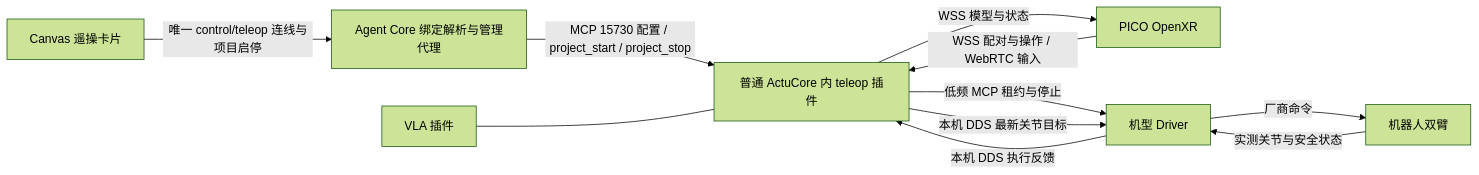
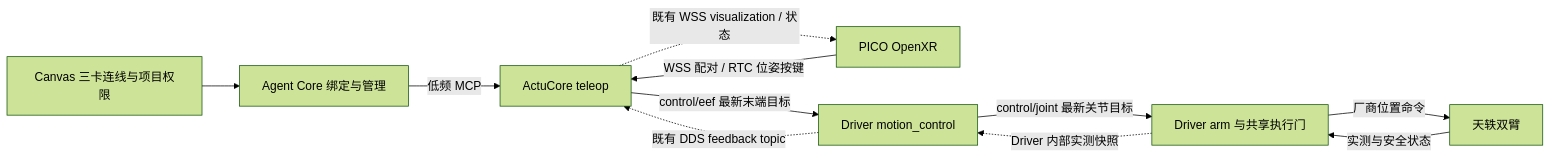
The diagram in docs/design/teleop-architecture.md (4paradigm/phanthymotus), drawn with Mermaid (forest theme) before and after one commit. The commit also changed other lines of this file and 74 other files, not shown here.

Commit message:
feat(teleop): separate generic input from driver motion control

````diff
--- a/docs/design/teleop-architecture.md
+++ b/docs/design/teleop-architecture.md
@@ -7,13 +9,13 @@
 ```mermaid
 flowchart LR
-    Canvas[Canvas 遥操卡片] -->|唯一 control/teleop 连线与项目启停| Core[Agent Core 绑定解析与管理代理]
-    Core -->|MCP 15730 配置 / project_start / project_stop| AC[普通 ActuCore 内 teleop 插件]
-    Pico[PICO OpenXR] -->|WSS 配对与操作 / WebRTC 输入| AC
-    AC -->|WSS 模型与状态| Pico
-    AC -->|低频 MCP 租约与停止| Driver[机型 Driver]
-    AC -->|本机 DDS 最新关节目标| Driver
-    Driver -->|本机 DDS 执行反馈| AC
-    Driver -->|厂商命令| Robot[机器人双臂]
-    Robot -->|实测关节与安全状态| Driver
-    VLA[VLA 插件] --- AC
+    Canvas[Canvas 三卡连线与项目权限] --> Core[Agent Core 绑定与管理]
+    Core -->|低频 MCP| Teleop[ActuCore teleop]
+    Pico[PICO OpenXR] -->|WSS 配对 / RTC 位姿按键| Teleop
+    Teleop -->|control/eef 最新末端目标| Motion[Driver motion_control]
+    Motion -->|control/joint 最新关节目标| Arm[Driver arm 与共享执行门]
+    Arm -->|厂商位置命令| Robot[天轶双臂]
+    Robot -->|实测与安全状态| Arm
+    Arm -.->|Driver 内部实测快照| Motion
+    Motion -.->|既有 DDS feedback topic| Teleop
+    Teleop -.->|既有 WSS visualization / 状态| Pico
 ```
````
